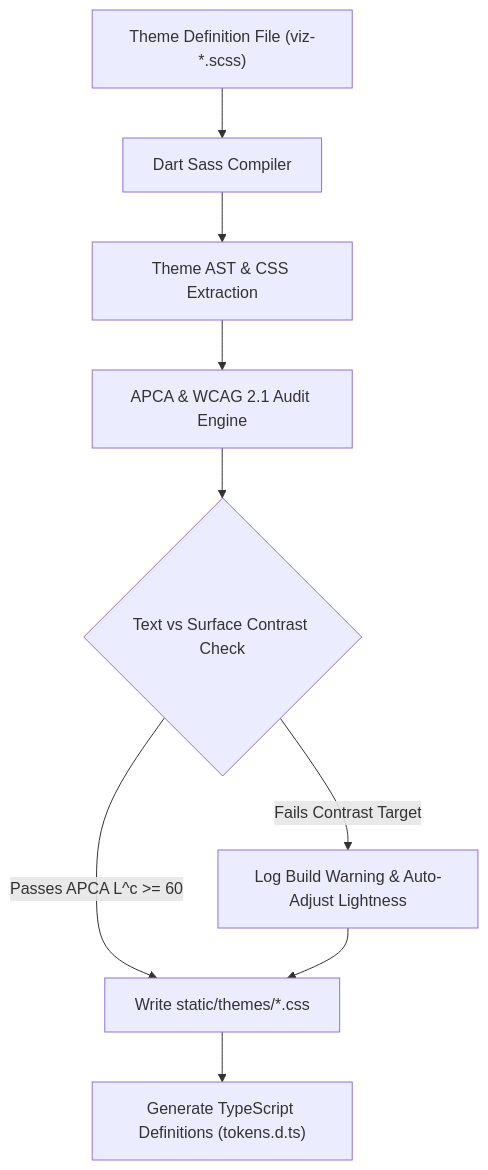
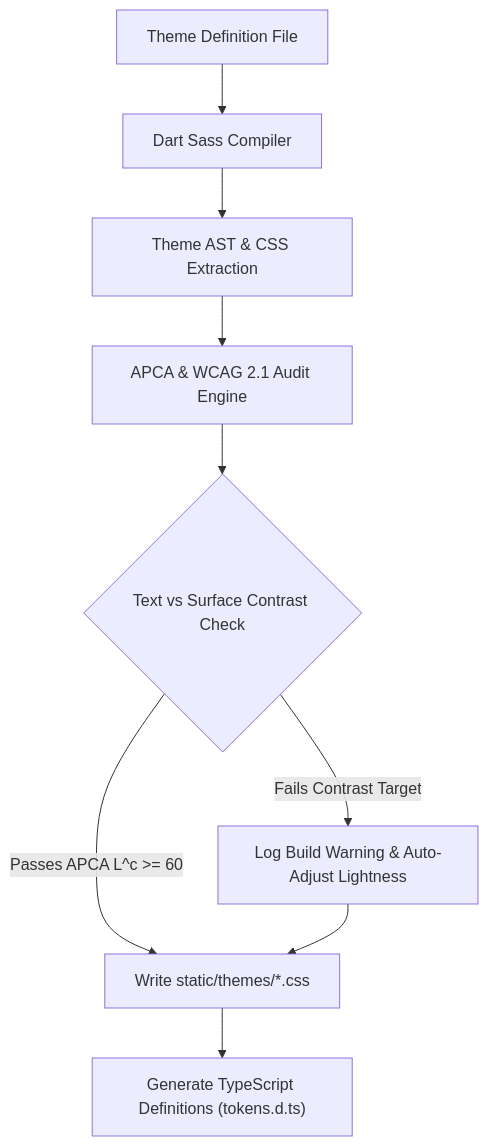
The diagram in docs/development/DESIGN_SYSTEM_V2_PLAN.md (garvageart/viz), drawn with Mermaid before and after one commit. The commit also changed other lines of this file and 1 other file, not shown here.

````diff
--- a/docs/development/DESIGN_SYSTEM_V2_PLAN.md
+++ b/docs/development/DESIGN_SYSTEM_V2_PLAN.md
@@ -125,11 +141,11 @@
 ```mermaid
 flowchart TD
-    A["Theme Definition File (viz-*.scss)"] --> B["Dart Sass Compiler"]
+    A["Theme Definition File"] --> B["Dart Sass Compiler"]
     B --> C["Theme AST & CSS Extraction"]
     C --> D["APCA & WCAG 2.1 Audit Engine"]
     D --> E{"Text vs Surface Contrast Check"}
     E -- "Passes APCA L^c >= 60" --> F["Write static/themes/*.css"]
     E -- "Fails Contrast Target" --> G["Log Build Warning & Auto-Adjust Lightness"]
     G --> F
     F --> H["Generate TypeScript Definitions (tokens.d.ts)"]
 ```
````
